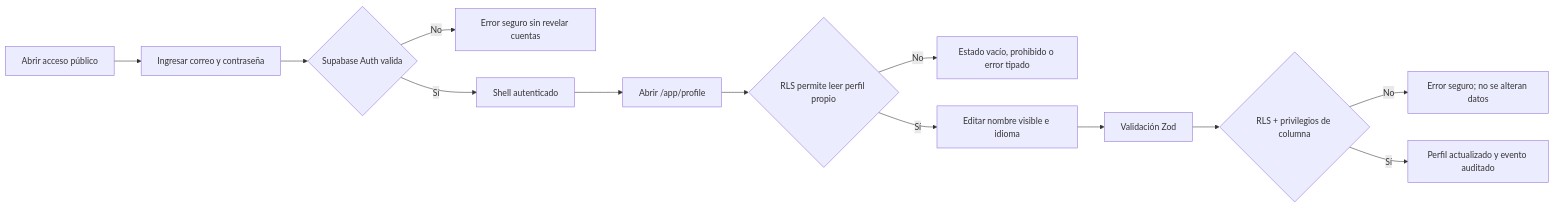
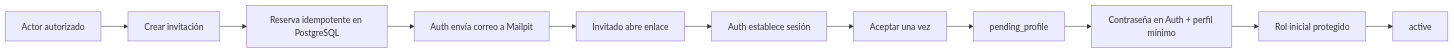
Before and after one commit to grovergonzalez8/Sistema-Voluntariado: the diagram in docs/product/user-journey.md, drawn with Mermaid. The commit also changed other lines of this file and 20 other files, not shown here.

````diff
--- a/docs/product/user-journey.md
+++ b/docs/product/user-journey.md
@@ -3,15 +3,13 @@
 ```mermaid
 flowchart LR
-  A["Abrir acceso público"] --> B["Ingresar correo y contraseña"]
-  B --> C{"Supabase Auth valida"}
-  C -->|No| D["Error seguro sin revelar cuentas"]
-  C -->|Sí| E["Shell autenticado"]
-  E --> F["Abrir /app/profile"]
-  F --> G{"RLS permite leer perfil propio"}
-  G -->|No| H["Estado vacío, prohibido o error tipado"]
-  G -->|Sí| I["Editar nombre visible e idioma"]
-  I --> J["Validación Zod"]
-  J --> K{"RLS + privilegios de columna"}
-  K -->|No| L["Error seguro; no se alteran datos"]
-  K -->|Sí| M["Perfil actualizado y evento auditado"]
+  A["Actor autorizado"] --> B["Crear invitación"]
+  B --> C["Reserva idempotente en PostgreSQL"]
+  C --> D["Auth envía correo a Mailpit"]
+  D --> E["Invitado abre enlace"]
+  E --> F["Auth establece sesión"]
+  F --> G["Aceptar una vez"]
+  G --> H["pending_profile"]
+  H --> I["Contraseña en Auth + perfil mínimo"]
+  I --> J["Rol inicial protegido"]
+  J --> K["active"]
 ```
````
